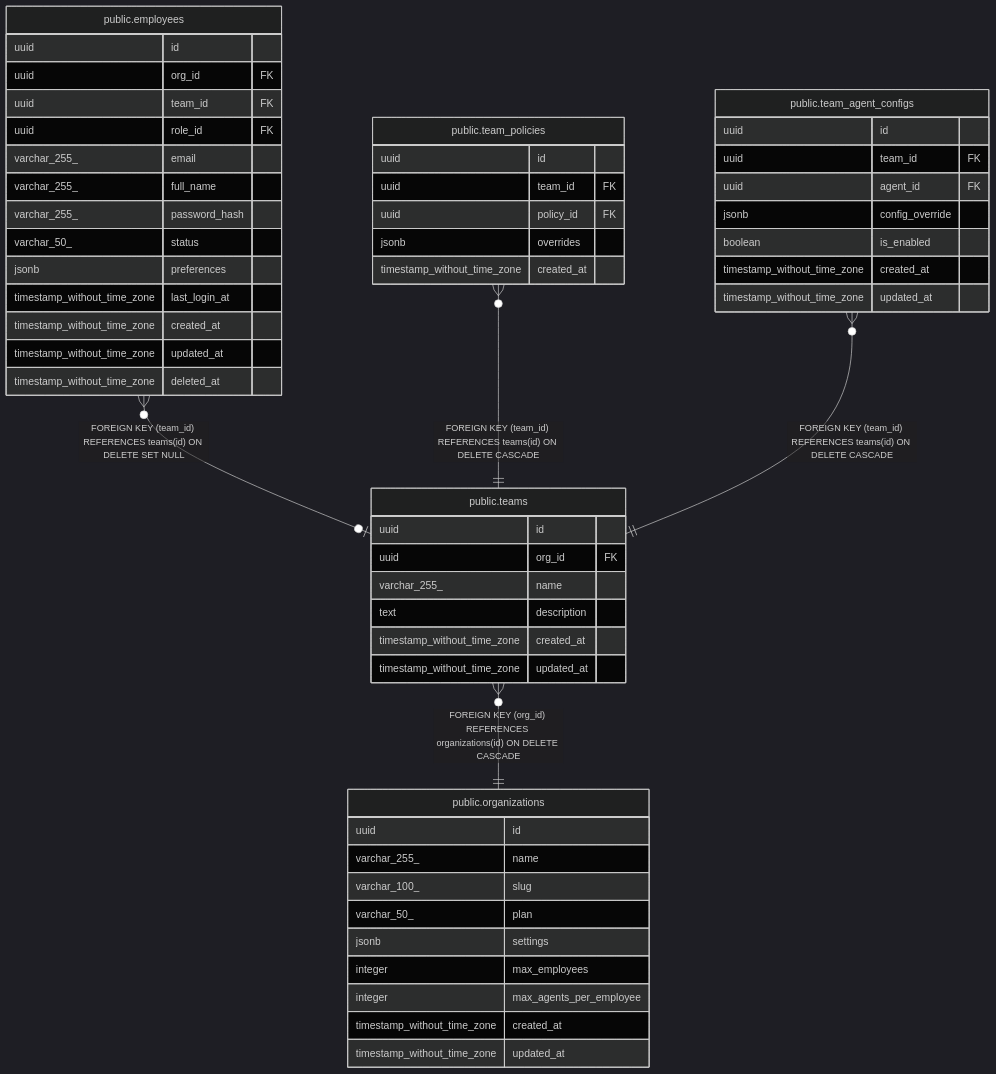
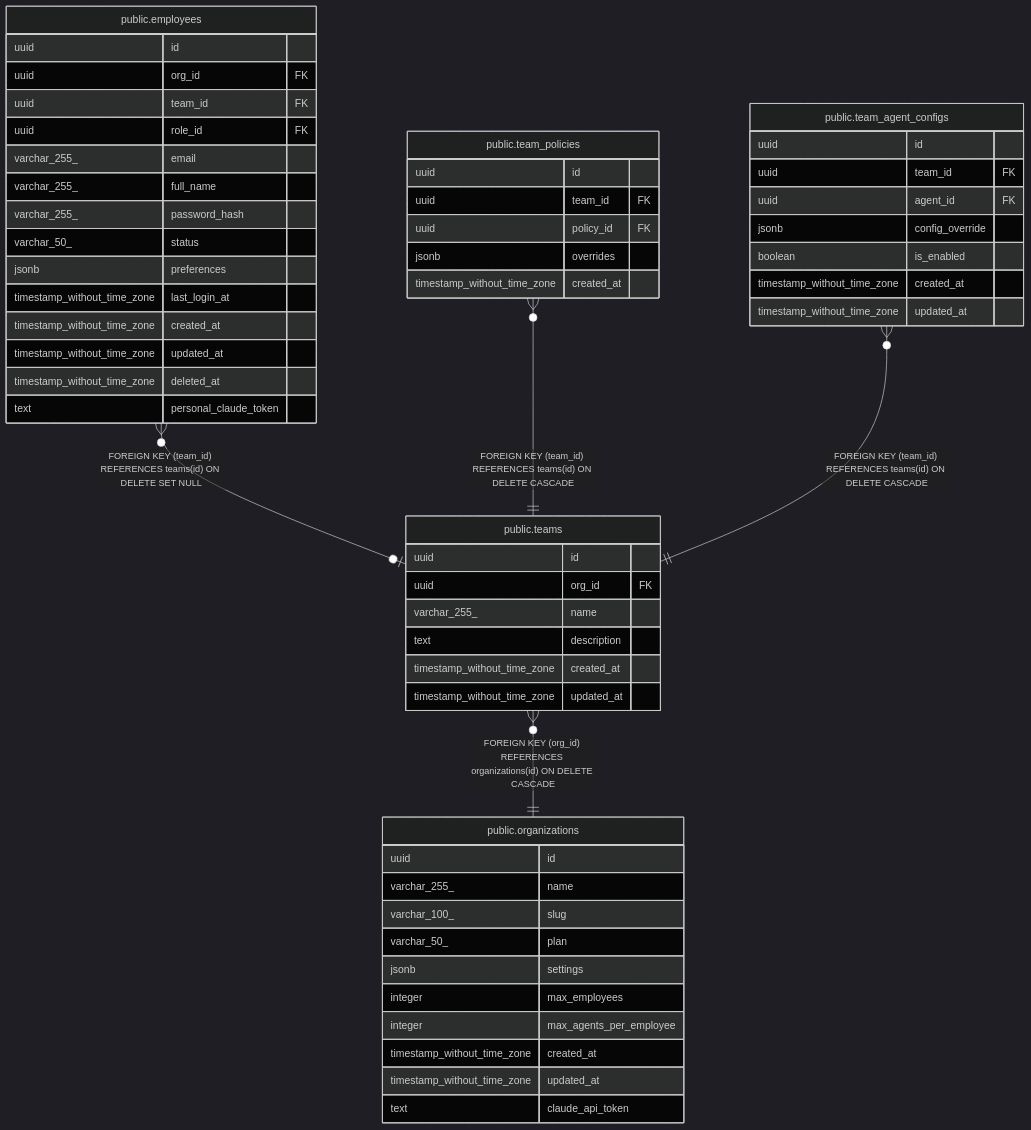
The diagram in docs/public.teams.md (rastrigin-systems/arfa), drawn with Mermaid (dark theme) before and after one commit. The commit also changed 50 other files, not shown here.

````diff
--- a/docs/public.teams.md
+++ b/docs/public.teams.md
@@ -40,59 +40,61 @@
 ```mermaid
 erDiagram
 
 "public.employees" }o--o| "public.teams" : "FOREIGN KEY (team_id) REFERENCES teams(id) ON DELETE SET NULL"
 "public.team_policies" }o--|| "public.teams" : "FOREIGN KEY (team_id) REFERENCES teams(id) ON DELETE CASCADE"
 "public.team_agent_configs" }o--|| "public.teams" : "FOREIGN KEY (team_id) REFERENCES teams(id) ON DELETE CASCADE"
 "public.teams" }o--|| "public.organizations" : "FOREIGN KEY (org_id) REFERENCES organizations(id) ON DELETE CASCADE"
 
 "public.teams" {
   uuid id
   uuid org_id FK
   varchar_255_ name
   text description
   timestamp_without_time_zone created_at
   timestamp_without_time_zone updated_at
 }
 "public.employees" {
   uuid id
   uuid org_id FK
   uuid team_id FK
   uuid role_id FK
   varchar_255_ email
   varchar_255_ full_name
   varchar_255_ password_hash
   varchar_50_ status
   jsonb preferences
   timestamp_without_time_zone last_login_at
   timestamp_without_time_zone created_at
   timestamp_without_time_zone updated_at
   timestamp_without_time_zone deleted_at
+  text personal_claude_token
 }
 "public.team_policies" {
   uuid id
   uuid team_id FK
   uuid policy_id FK
   jsonb overrides
   timestamp_without_time_zone created_at
 }
 "public.team_agent_configs" {
   uuid id
   uuid team_id FK
   uuid agent_id FK
   jsonb config_override
   boolean is_enabled
   timestamp_without_time_zone created_at
   timestamp_without_time_zone updated_at
 }
 "public.organizations" {
   uuid id
   varchar_255_ name
   varchar_100_ slug
   varchar_50_ plan
   jsonb settings
   integer max_employees
   integer max_agents_per_employee
   timestamp_without_time_zone created_at
   timestamp_without_time_zone updated_at
+  text claude_api_token
 }
 ```
````
